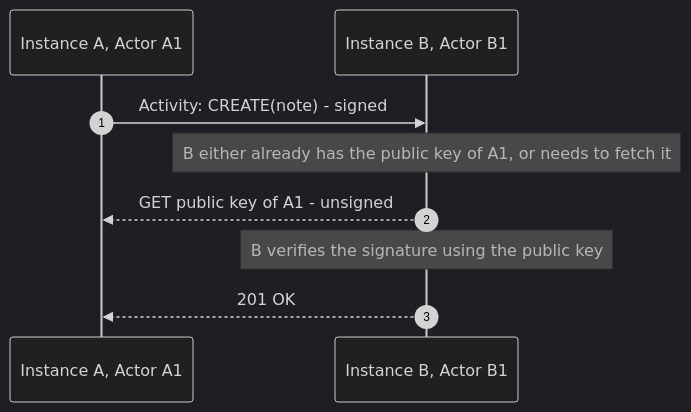
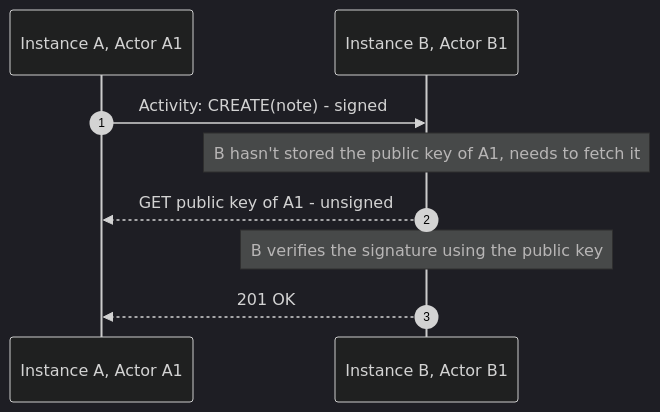
One commit to maybeanerd/iu-tech-talk changed the seventh of 7 diagrams in slides.md. Above: the diagram before and after it, drawn with Mermaid (dark theme). The commit also changed other lines of this file, not shown here.

````diff
--- a/slides.md
+++ b/slides.md
@@ -550,13 +485,13 @@
 ```mermaid
 sequenceDiagram
   autonumber
   participant A as Instance A, Actor A1
   participant B as Instance B, Actor B1
 
   A->>B: Activity: CREATE(note) - signed
-  Note over B: B either already has the public key of A1, or needs to fetch it
+  Note over B: B hasn't stored the public key of A1, needs to fetch it
   B-->>A: GET public key of A1 - unsigned
   Note over B: B verifies the signature using the public key
   B-->>A: 201 OK
 
 ```
````
